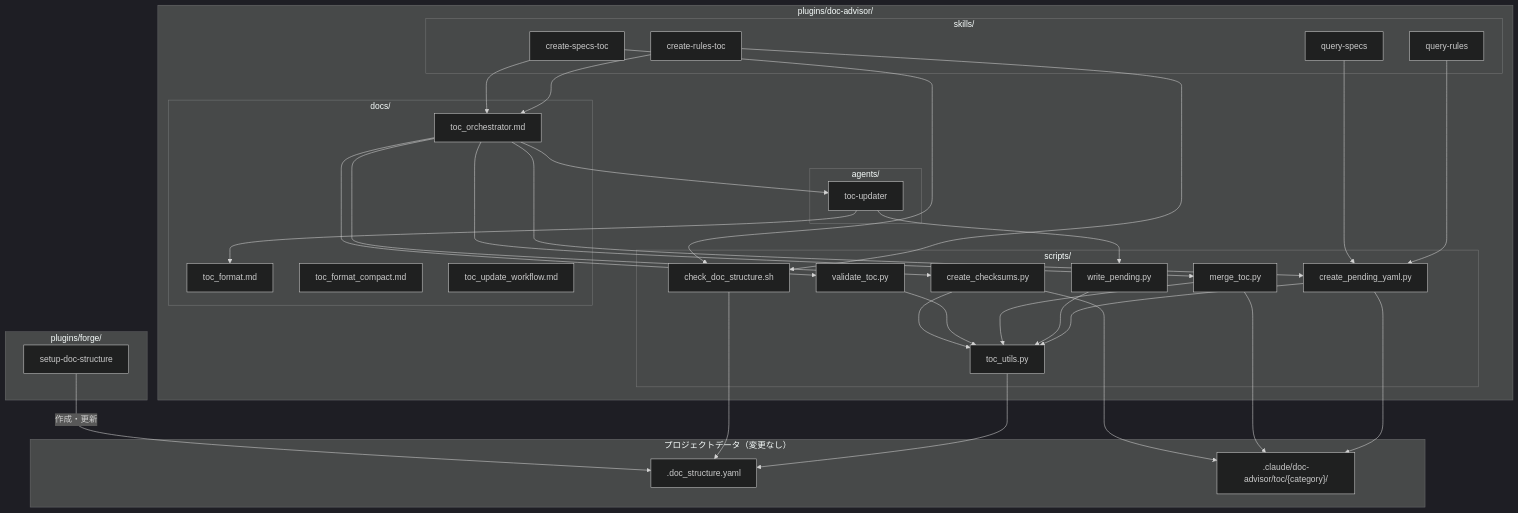
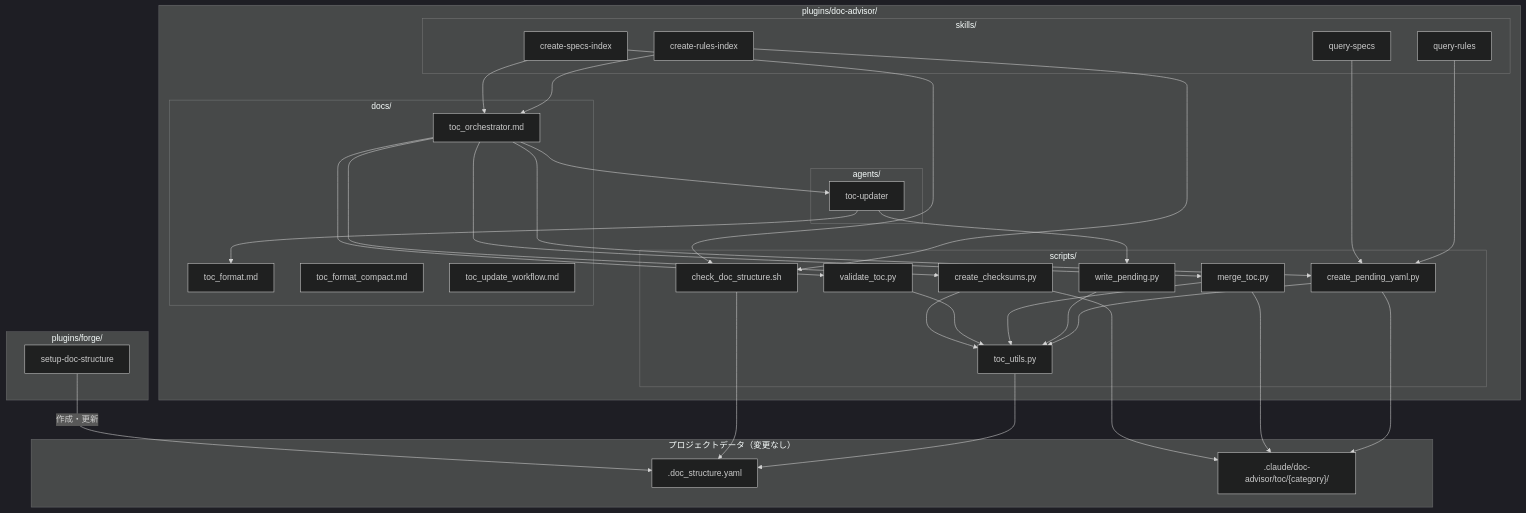
Before and after one commit to BlueEventHorizon/bw-cc-plugins: the first of 3 diagrams in docs/specs/doc-advisor/design/DES-001_plugin_migration_design.md, drawn with Mermaid (dark theme). The commit also changed other lines of this file and 39 other files, not shown here.

````diff
--- a/docs/specs/doc-advisor/design/DES-001_plugin_migration_design.md
+++ b/docs/specs/doc-advisor/design/DES-001_plugin_migration_design.md
@@ -100,63 +100,63 @@
 ```mermaid
 flowchart TB
     subgraph Plugin["plugins/doc-advisor/"]
         subgraph Skills["skills/"]
-            CRT[create-rules-toc]
-            CST[create-specs-toc]
+            CRT[create-rules-index]
+            CST[create-specs-index]
             QR[query-rules]
             QS[query-specs]
         end
         subgraph Agents["agents/"]
             TU[toc-updater]
         end
         subgraph Scripts["scripts/"]
             UTILS[toc_utils.py]
             CPY[create_pending_yaml.py]
             WP[write_pending.py]
             MT[merge_toc.py]
             VT[validate_toc.py]
             CC[create_checksums.py]
             CDS[check_doc_structure.sh]
         end
         subgraph Docs["docs/"]
             TF[toc_format.md]
             TFC[toc_format_compact.md]
             TO[toc_orchestrator.md]
             TUW[toc_update_workflow.md]
         end
     end
 
     subgraph ProjectData["プロジェクトデータ（変更なし）"]
         DS[.doc_structure.yaml]
         TOC[".claude/doc-advisor/toc/{category}/"]
     end
 
     subgraph Forge["plugins/forge/"]
         SDS[setup-doc-structure]
     end
 
     CRT --> TO
     CST --> TO
     CRT --> CDS
     CST --> CDS
     QR --> CPY
     QS --> CPY
     TO --> CPY
     TO --> TU
     TO --> MT
     TO --> VT
     TO --> CC
     TU --> WP
     TU --> TF
     CPY --> UTILS
     WP --> UTILS
     MT --> UTILS
     VT --> UTILS
     CC --> UTILS
     UTILS --> DS
     CDS --> DS
     SDS -->|作成・更新| DS
     CPY --> TOC
     MT --> TOC
     CC --> TOC
 ```
````
